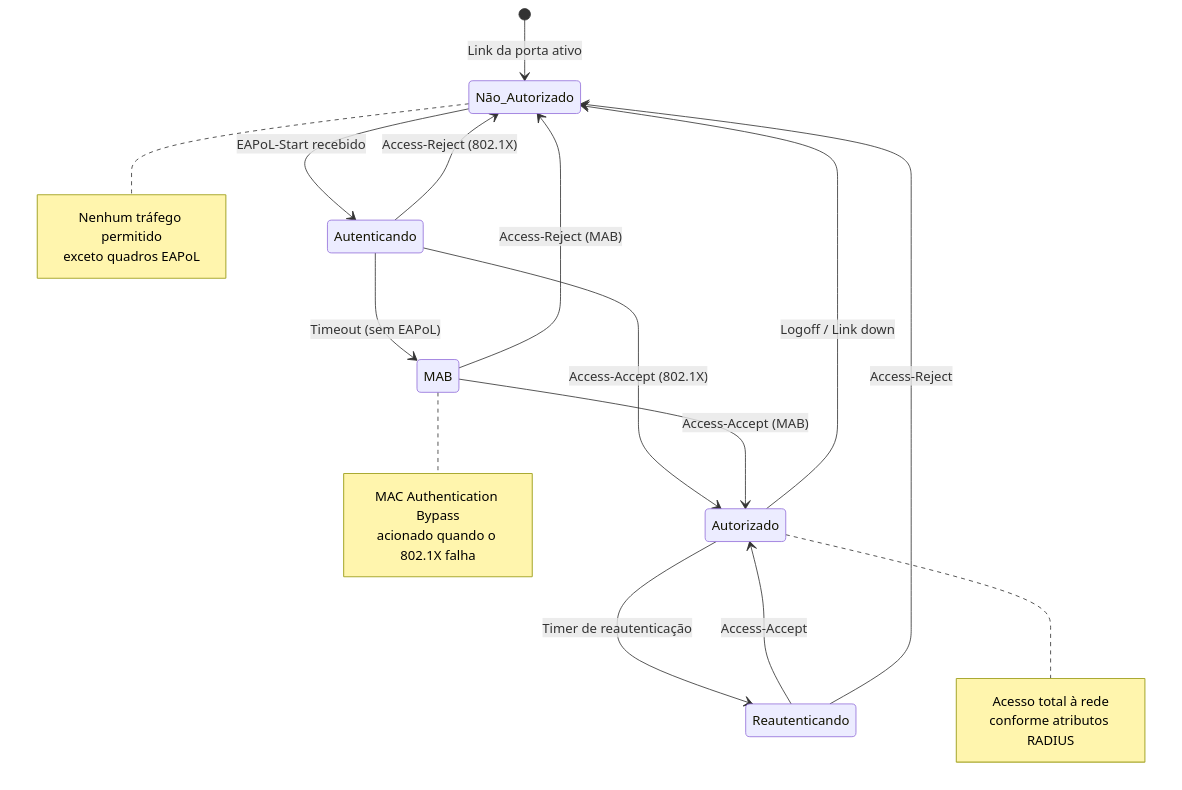
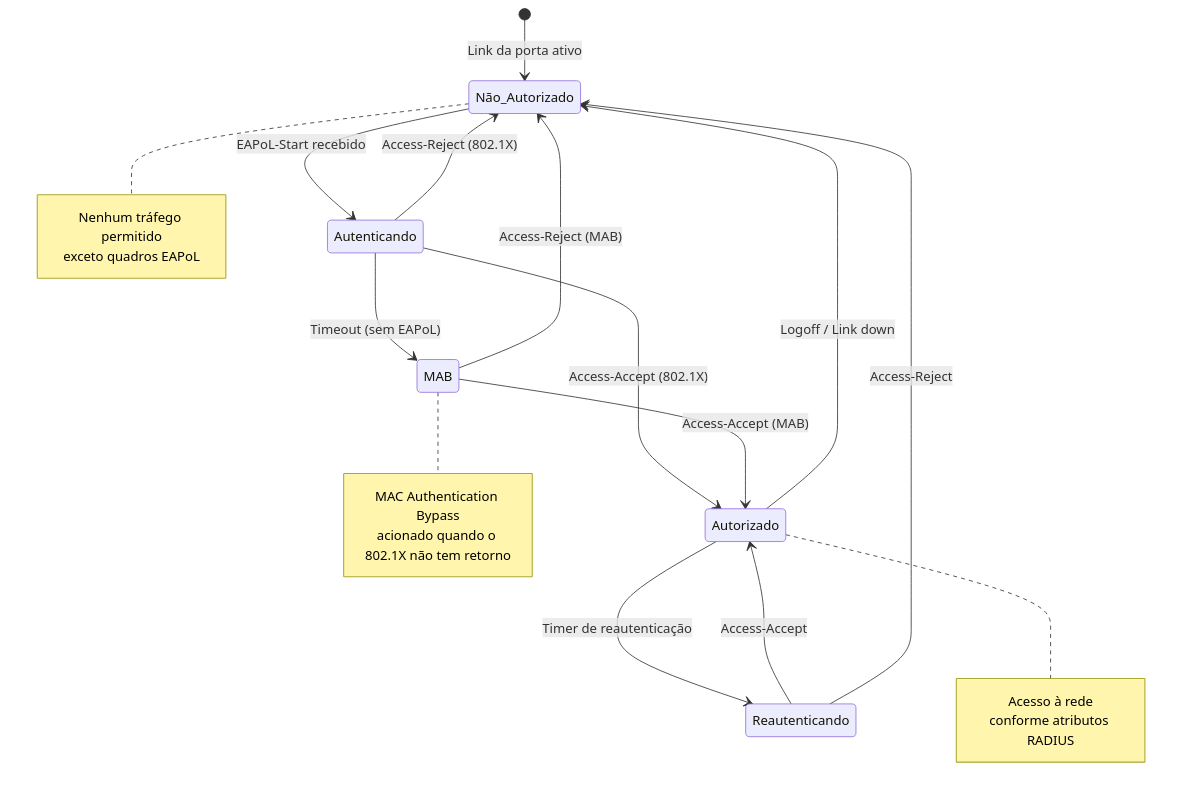
The second of 14 diagrams in README.md (andreirapuru/Diagramas-Dot1x), drawn with Mermaid before and after one commit. The commit also changed other lines of this file, not shown here.

````diff
--- a/README.md
+++ b/README.md
@@ -36,34 +36,34 @@
 ```mermaid
 stateDiagram-v2
     [*] --> Não_Autorizado: Link da porta ativo
 
     Não_Autorizado --> Autenticando: EAPoL-Start recebido
 
     Autenticando --> Autorizado: Access-Accept (802.1X)
     Autenticando --> Não_Autorizado: Access-Reject (802.1X)
     Autenticando --> MAB: Timeout (sem EAPoL)
 
     MAB --> Autorizado: Access-Accept (MAB)
     MAB --> Não_Autorizado: Access-Reject (MAB)
 
     Autorizado --> Não_Autorizado: Logoff / Link down
     Autorizado --> Reautenticando: Timer de reautenticação
 
     Reautenticando --> Autorizado: Access-Accept
     Reautenticando --> Não_Autorizado: Access-Reject
 
     note right of Não_Autorizado
         Nenhum tráfego permitido
         exceto quadros EAPoL
     end note
 
     note right of Autorizado
-        Acesso total à rede
+        Acesso à rede
         conforme atributos RADIUS
     end note
 
     note right of MAB
         MAC Authentication Bypass
-        acionado quando o 802.1X falha
+        acionado quando o 802.1X não tem retorno
     end note
 ```
````
